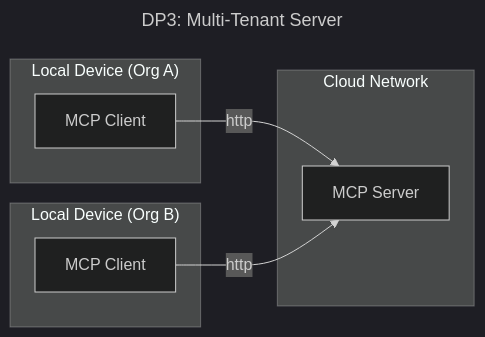
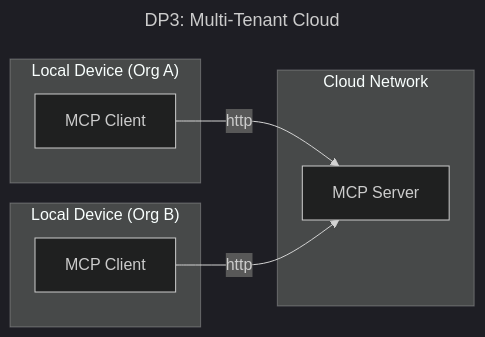
One commit to cosai-oasis/ws4-secure-design-agentic-systems changed the fourth of 4 diagrams in whitepapers/model-context-protocol-security.md. Above: the diagram before and after it, drawn with Mermaid (dark theme). The commit also changed other lines of this file, not shown here.

````diff
--- a/whitepapers/model-context-protocol-security.md
+++ b/whitepapers/model-context-protocol-security.md
@@ -783,19 +783,19 @@
 ```mermaid
 ---
-    title: "DP3: Multi-Tenant Server"
+    title: "DP3: Multi-Tenant Cloud"
 ---
 graph LR
   %%subgraph DP["DP4a: Multi-Tenant Cloud"]
     subgraph LocalA["Local Device (Org A)"]
       ClientA["MCP Client"]
     end
     subgraph LocalB["Local Device (Org B)"]
       ClientB["MCP Client"]
     end
     subgraph Cloud["Cloud Network"]
       Server["MCP Server"]
     end
   %%end
 ClientA--http-->Server
 ClientB--http-->Server
 ```
````
